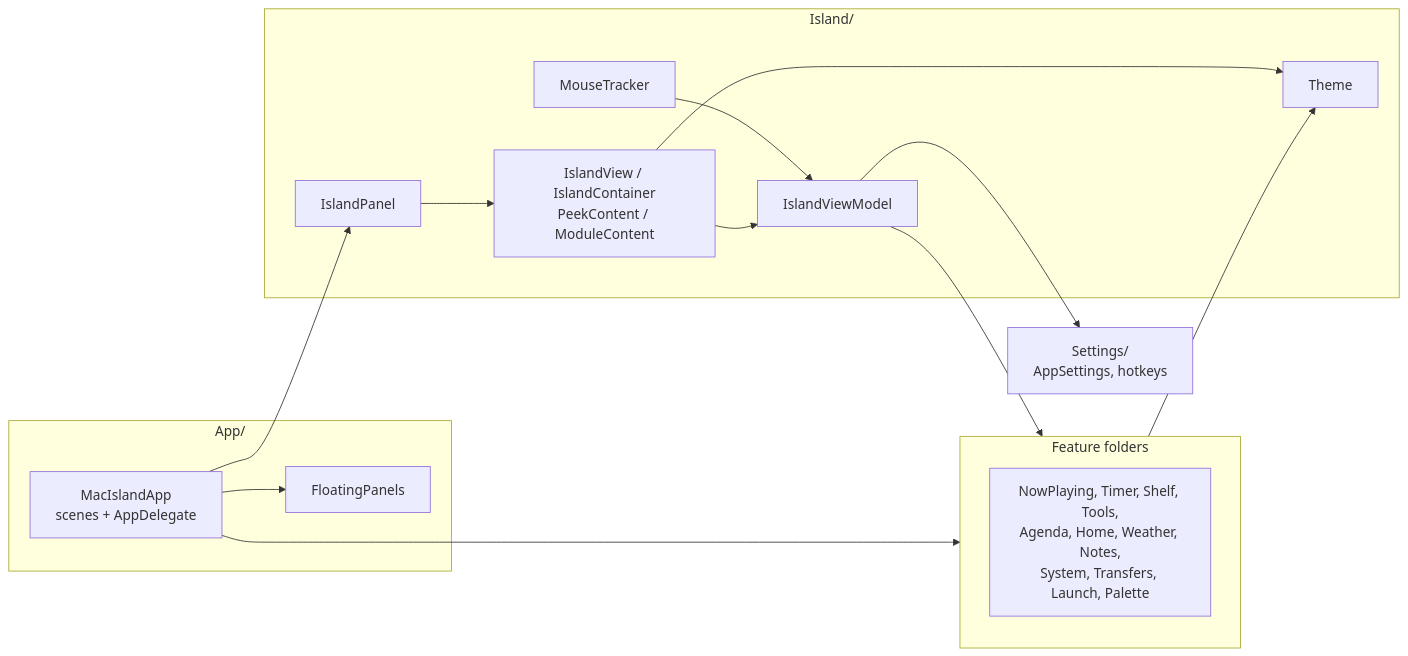
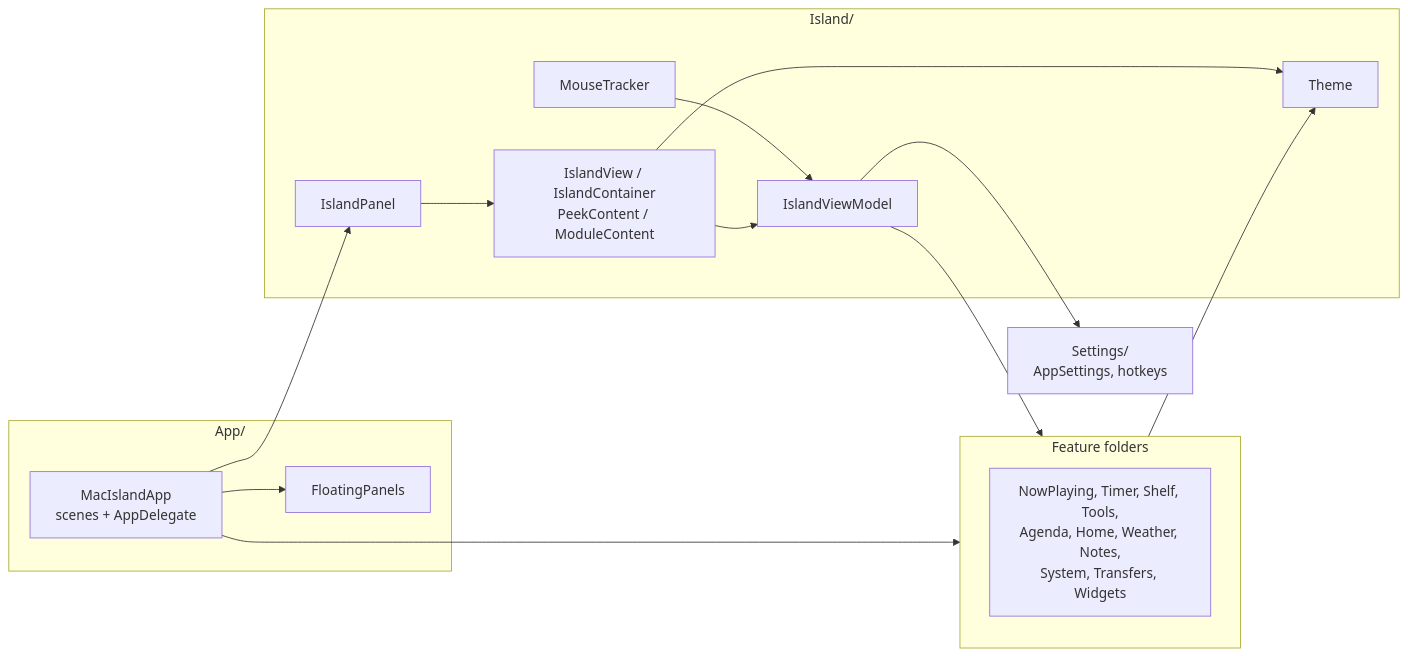
One commit to ethantiller/macisland2 changed the first of 3 diagrams in docs/ARCHITECTURE.md. Above: the diagram before and after it, drawn with Mermaid. The commit also changed other lines of this file and 191 other files, not shown here.

````diff
--- a/docs/ARCHITECTURE.md
+++ b/docs/ARCHITECTURE.md
@@ -21,29 +21,29 @@
 ```mermaid
 flowchart LR
     subgraph App["App/"]
         A["MacIslandApp<br/>scenes + AppDelegate"]
         FP["FloatingPanels"]
     end
     subgraph Island["Island/"]
         P["IslandPanel"]
         MT["MouseTracker"]
         VM["IslandViewModel"]
         V["IslandView / IslandContainer<br/>PeekContent / ModuleContent"]
         T["Theme"]
     end
     subgraph Features["Feature folders"]
-        F["NowPlaying, Timer, Shelf, Tools,<br/>Agenda, Home, Weather, Notes,<br/>System, Transfers, Launch, Palette"]
+        F["NowPlaying, Timer, Shelf, Tools,<br/>Agenda, Home, Weather, Notes,<br/>System, Transfers, Widgets"]
     end
     S["Settings/<br/>AppSettings, hotkeys"]
 
     A --> P
     A --> Features
     P --> V
     MT --> VM
     V --> VM
     VM --> Features
     VM --> S
     V --> T
     Features --> T
     A --> FP
 ```
````
